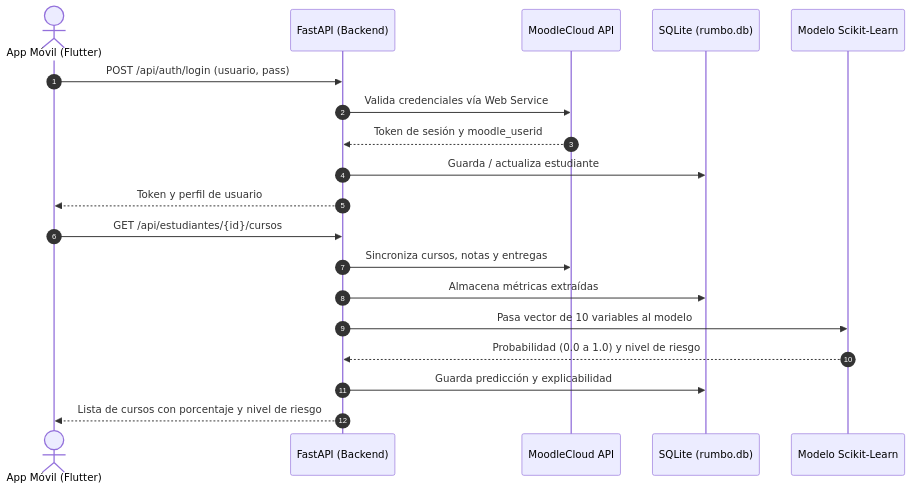
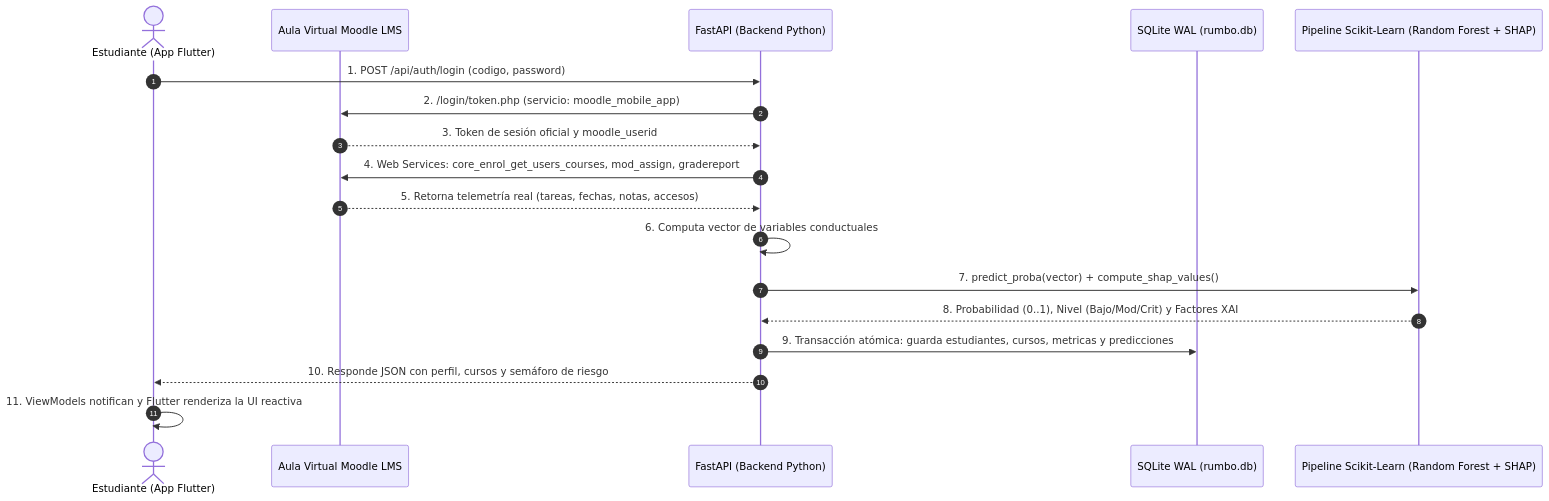
Before and after one commit to daecc/Mobile_Learning_Moodle: the diagram in README.md, drawn with Mermaid. The commit also changed other lines of this file and 55 other files, not shown here.

````diff
--- a/README.md
+++ b/README.md
@@ -86,23 +45,21 @@
 ```mermaid
 sequenceDiagram
     autonumber
-    actor Estudiante as App Móvil (Flutter)
-    participant API as FastAPI (Backend)
-    participant Moodle as MoodleCloud API
-    participant DB as SQLite (rumbo.db)
-    participant ML as Modelo Scikit-Learn
+    actor Estudiante as Estudiante (App Flutter)
+    participant Moodle as Aula Virtual Moodle LMS
+    participant Backend as FastAPI (Backend Python)
+    participant DB as SQLite WAL (rumbo.db)
+    participant ML as Pipeline Scikit-Learn (Random Forest + SHAP)
 
-    Estudiante->>API: POST /api/auth/login (usuario, pass)
-    API->>Moodle: Valida credenciales vía Web Service
-    Moodle-->>API: Token de sesión y moodle_userid
-    API->>DB: Guarda / actualiza estudiante
-    API-->>Estudiante: Token y perfil de usuario
-
-    Estudiante->>API: GET /api/estudiantes/{id}/cursos
-    API->>Moodle: Sincroniza cursos, notas y entregas
-    API->>DB: Almacena métricas extraídas
-    API->>ML: Pasa vector de 10 variables al modelo
-    ML-->>API: Probabilidad (0.0 a 1.0) y nivel de riesgo
-    API->>DB: Guarda predicción y explicabilidad
-    API-->>Estudiante: Lista de cursos con porcentaje y nivel de riesgo
+    Estudiante->>Backend: 1. POST /api/auth/login (codigo, password)
+    Backend->>Moodle: 2. /login/token.php (servicio: moodle_mobile_app)
+    Moodle-->>Backend: 3. Token de sesión oficial y moodle_userid
+    Backend->>Moodle: 4. Web Services: core_enrol_get_users_courses, mod_assign, gradereport
+    Moodle-->>Backend: 5. Retorna telemetría real (tareas, fechas, notas, accesos)
+    Backend->>Backend: 6. Computa vector de variables conductuales
+    Backend->>ML: 7. predict_proba(vector) + compute_shap_values()
+    ML-->>Backend: 8. Probabilidad (0..1), Nivel (Bajo/Mod/Crit) y Factores XAI
+    Backend->>DB: 9. Transacción atómica: guarda estudiantes, cursos, metricas y predicciones
+    Backend-->>Estudiante: 10. Responde JSON con perfil, cursos y semáforo de riesgo
+    Estudiante->>Estudiante: 11. ViewModels notifican y Flutter renderiza la UI reactiva
 ```
````
